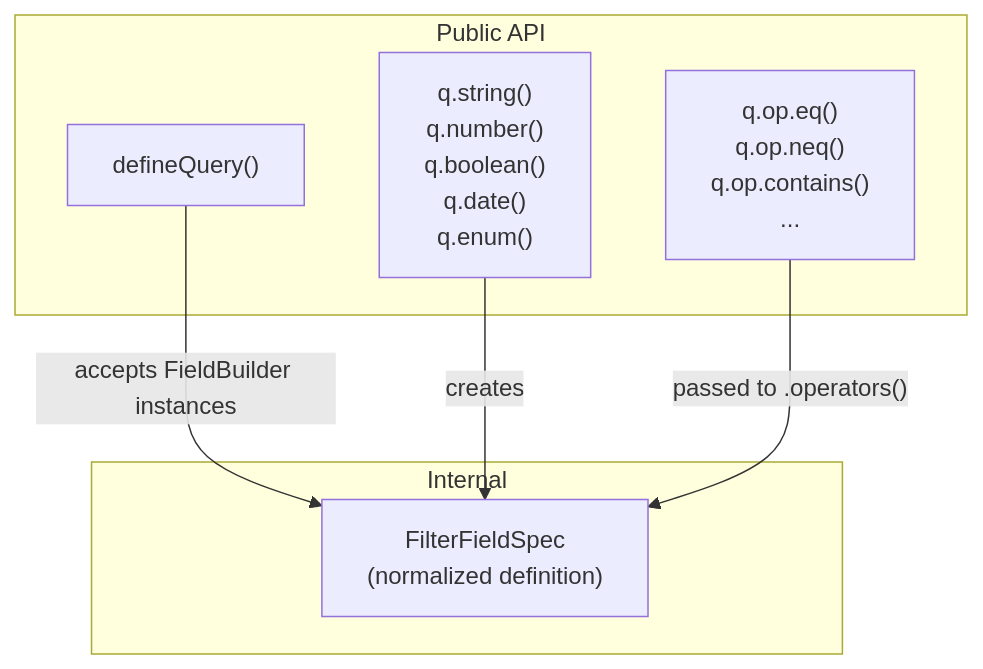
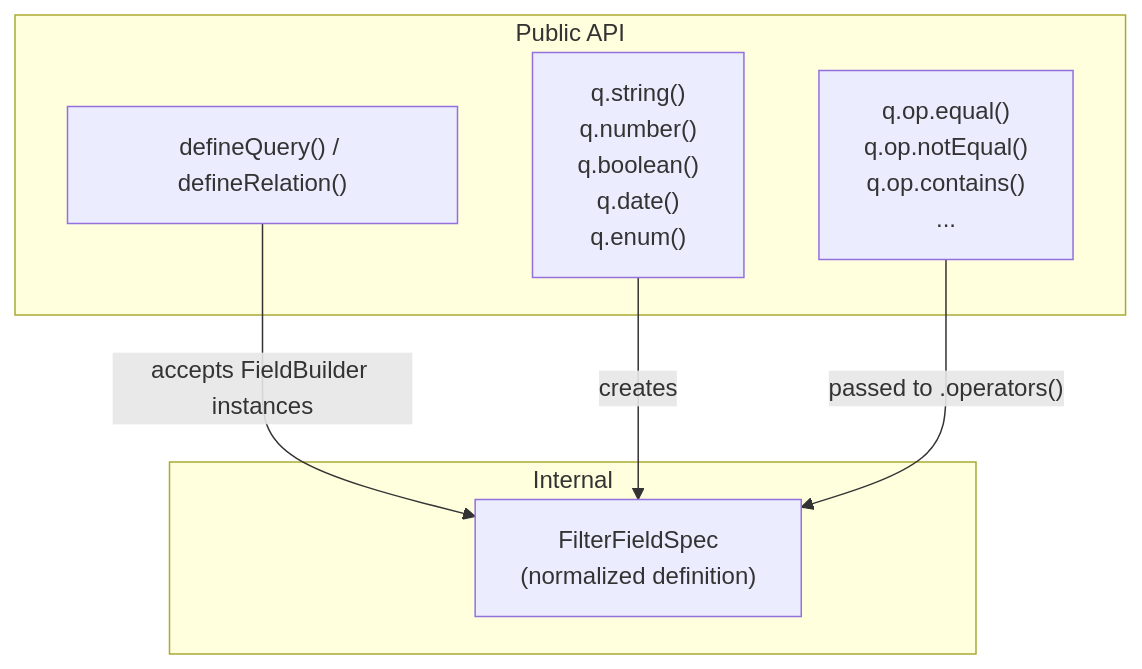
One commit to johngech/querio changed the third of 7 diagrams in docs/architecture.md. Above: the diagram before and after it, drawn with Mermaid. The commit also changed other lines of this file and 8 other files, not shown here.

````diff
--- a/docs/architecture.md
+++ b/docs/architecture.md
@@ -103,16 +96,16 @@
 ```mermaid
 flowchart TD
     subgraph API["Public API"]
-        DQ["defineQuery()"]
+        DQ["defineQuery() / defineRelation()"]
         Q["q.string()\nq.number()\nq.boolean()\nq.date()\nq.enum()"]
-        OP["q.op.eq()\nq.op.neq()\nq.op.contains()\n..."]
+        OP["q.op.equal()\nq.op.notEqual()\nq.op.contains()\n..."]
     end
 
     subgraph INTERNAL["Internal"]
         FS["FilterFieldSpec\n(normalized definition)"]
     end
 
     DQ -->|"accepts FieldBuilder instances"| FS
     Q -->|"creates"| FS
     OP -->|"passed to .operators()"| FS
 ```
````
